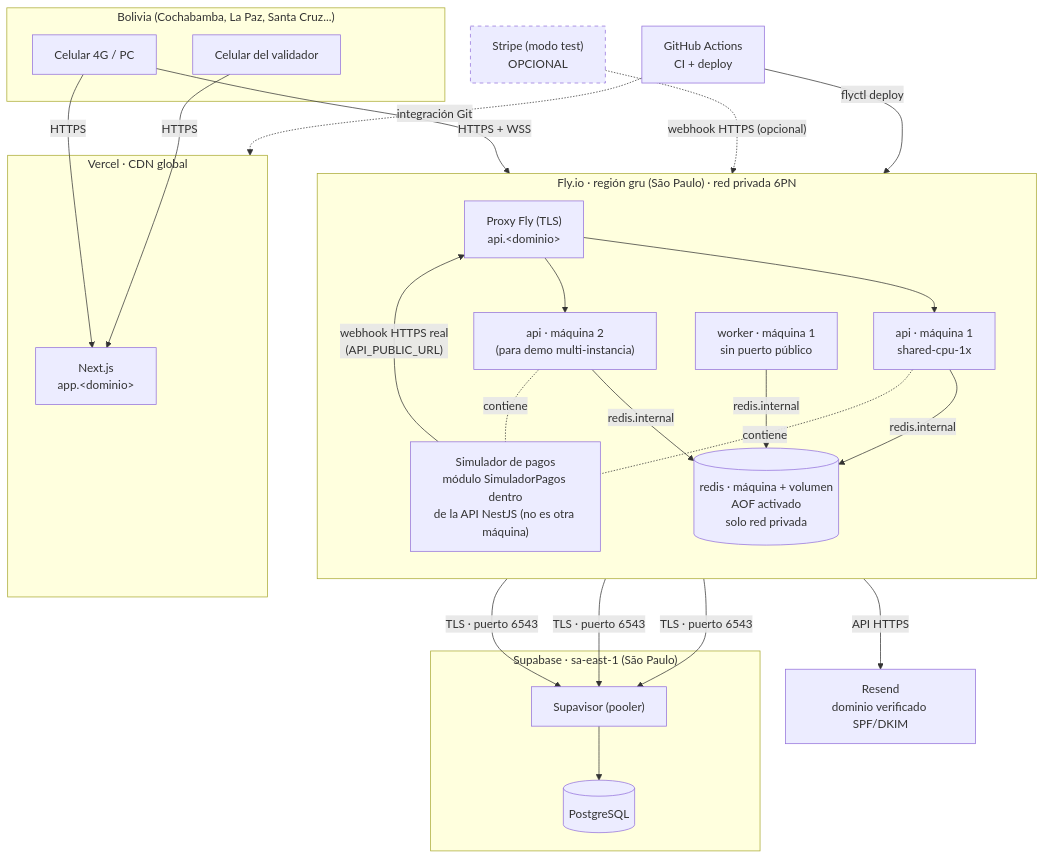
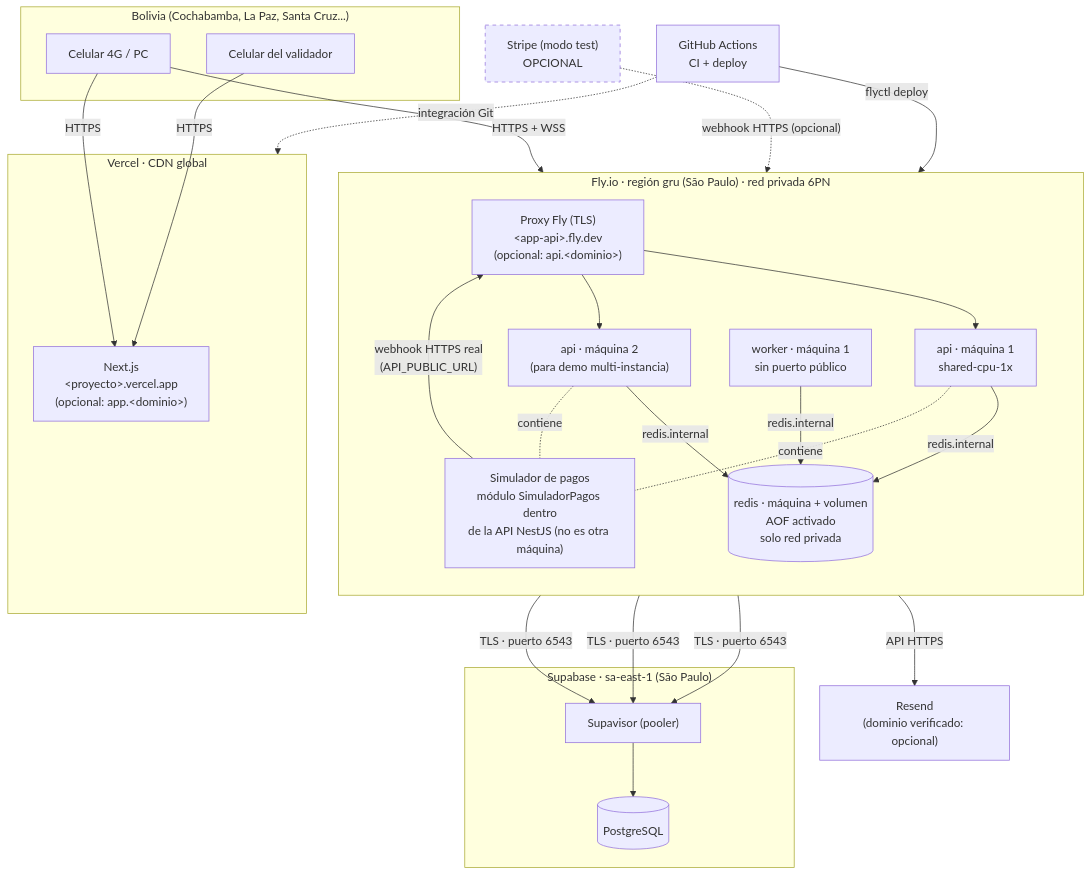
One commit to oliver-franz123/ticketing-app changed the first of 2 diagrams in Sistemas_Distribuidos/docs/07-despliegue.md. Above: the diagram before and after it, drawn with Mermaid. The commit also changed other lines of this file and 1 other file, not shown here.

Commit message:
docs: dominio opcional y riesgo de email en despliegue

````diff
--- a/Sistemas_Distribuidos/docs/07-despliegue.md
+++ b/Sistemas_Distribuidos/docs/07-despliegue.md
@@ -8,45 +8,45 @@
 ```mermaid
 flowchart TB
     subgraph Usuarios["Bolivia (Cochabamba, La Paz, Santa Cruz...)"]
         M["Celular 4G / PC"]
         V["Celular del validador"]
     end
 
     subgraph Vercel["Vercel · CDN global"]
-        FE["Next.js<br/>app.&lt;dominio&gt;"]
+        FE["Next.js<br/>&lt;proyecto&gt;.vercel.app<br/>(opcional: app.&lt;dominio&gt;)"]
     end
 
     subgraph Fly["Fly.io · región gru (São Paulo) · red privada 6PN"]
         direction TB
-        LB["Proxy Fly (TLS)<br/>api.&lt;dominio&gt;"]
+        LB["Proxy Fly (TLS)<br/>&lt;app-api&gt;.fly.dev<br/>(opcional: api.&lt;dominio&gt;)"]
         API1["api · máquina 1<br/>shared-cpu-1x"]
         API2["api · máquina 2<br/>(para demo multi-instancia)"]
         WK["worker · máquina 1<br/>sin puerto público"]
         RDS[("redis · máquina + volumen<br/>AOF activado<br/>solo red privada")]
         SIM["Simulador de pagos<br/>módulo SimuladorPagos dentro<br/>de la API NestJS (no es otra máquina)"]
     end
 
     subgraph Supabase["Supabase · sa-east-1 (São Paulo)"]
         POOL["Supavisor (pooler)"]
         PG[("PostgreSQL")]
     end
 
     STR["Stripe (modo test)<br/>OPCIONAL"]
-    RES["Resend<br/>dominio verificado SPF/DKIM"]
+    RES["Resend<br/>(dominio verificado: opcional)"]
     GH["GitHub Actions<br/>CI + deploy"]
 
     M -- HTTPS --> FE
     M -- "HTTPS + WSS" --> LB
     V -- HTTPS --> FE
     LB --> API1 & API2
     API1 & API2 -- "redis.internal" --> RDS
     WK -- "redis.internal" --> RDS
     API1 & API2 & WK -- "TLS · puerto 6543" --> POOL --> PG
     API1 & API2 -. "contiene" .- SIM
     SIM -- "webhook HTTPS real<br/>(API_PUBLIC_URL)" --> LB
     STR -. "webhook HTTPS (opcional)" .-> LB
     WK -- "API HTTPS" --> RES
     GH -- "flyctl deploy" --> Fly
     GH -. "integración Git" .-> Vercel
     style STR stroke-dasharray: 5 5
 ```
````
